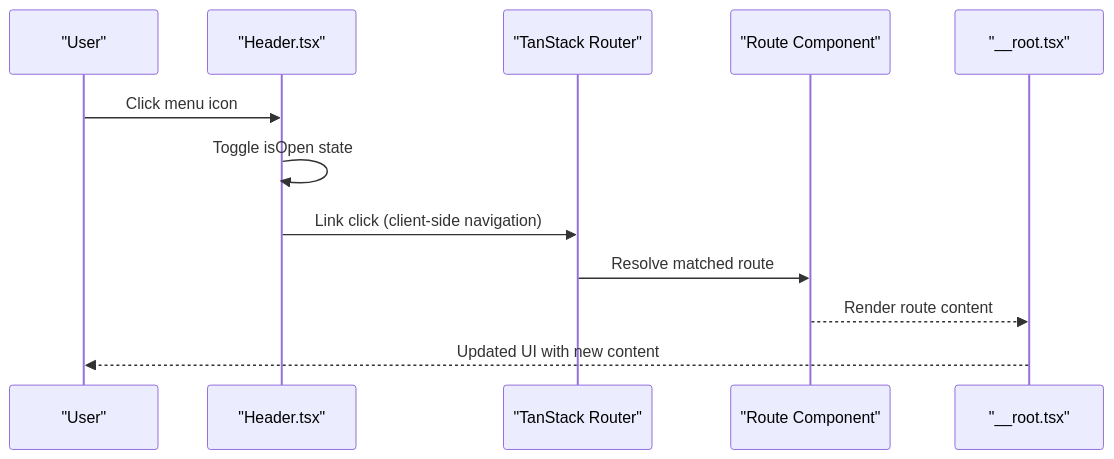
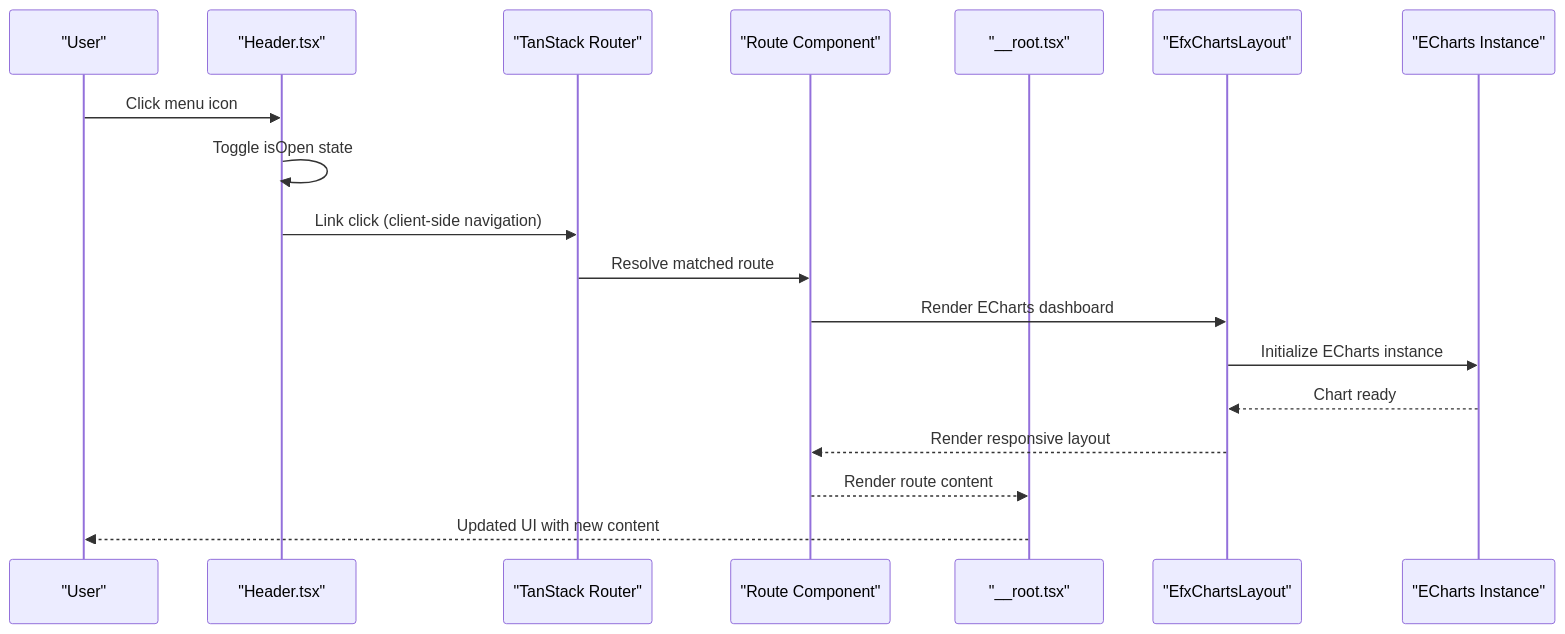
The second of 7 diagrams in .qoder/repowiki/en/content/Core Concepts/Layout Management.md (electroheadfx/efx-libs), drawn with Mermaid before and after one commit. The commit also changed other lines of this file and 5 other files, not shown here.

First line of the commit message:
refactor(efx-charts): simplify deferred data handling and clean chart props

````diff
--- a/.qoder/repowiki/en/content/Core Concepts/Layout Management.md
+++ b/.qoder/repowiki/en/content/Core Concepts/Layout Management.md
@@ -66,14 +99,20 @@
 ```mermaid
 sequenceDiagram
 participant User as "User"
 participant Header as "Header.tsx"
 participant Router as "TanStack Router"
 participant Route as "Route Component"
 participant Root as "__root.tsx"
+participant EfxChartsLayout as "EfxChartsLayout"
+participant ECharts as "ECharts Instance"
 User->>Header : Click menu icon
 Header->>Header : Toggle isOpen state
 Header->>Router : Link click (client-side navigation)
 Router->>Route : Resolve matched route
+Route->>EfxChartsLayout : Render ECharts dashboard
+EfxChartsLayout->>ECharts : Initialize ECharts instance
+ECharts-->>EfxChartsLayout : Chart ready
+EfxChartsLayout-->>Route : Render responsive layout
 Route-->>Root : Render route content
 Root-->>User : Updated UI with new content
 ```
````
